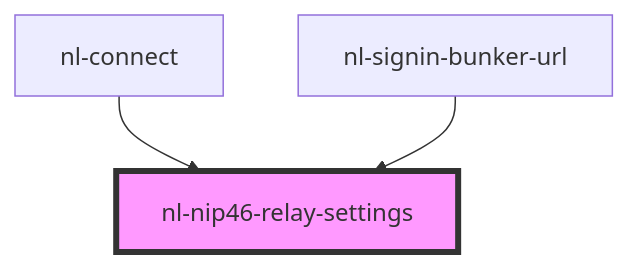
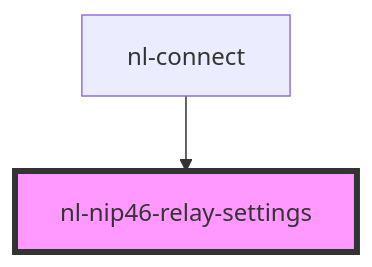
Before and after one commit to TsukemonoGit/nostr-login: the diagram in packages/components/src/components/nl-nip46-relay-settings/readme.md, drawn with Mermaid. The commit also changed other lines of this file and 12 other files, not shown here.

````diff
--- a/packages/components/src/components/nl-nip46-relay-settings/readme.md
+++ b/packages/components/src/components/nl-nip46-relay-settings/readme.md
@@ -30,6 +29,5 @@
 ```mermaid
 graph TD;
   nl-connect --> nl-nip46-relay-settings
-  nl-signin-bunker-url --> nl-nip46-relay-settings
   style nl-nip46-relay-settings fill:#f9f,stroke:#333,stroke-width:4px
 ```
````
